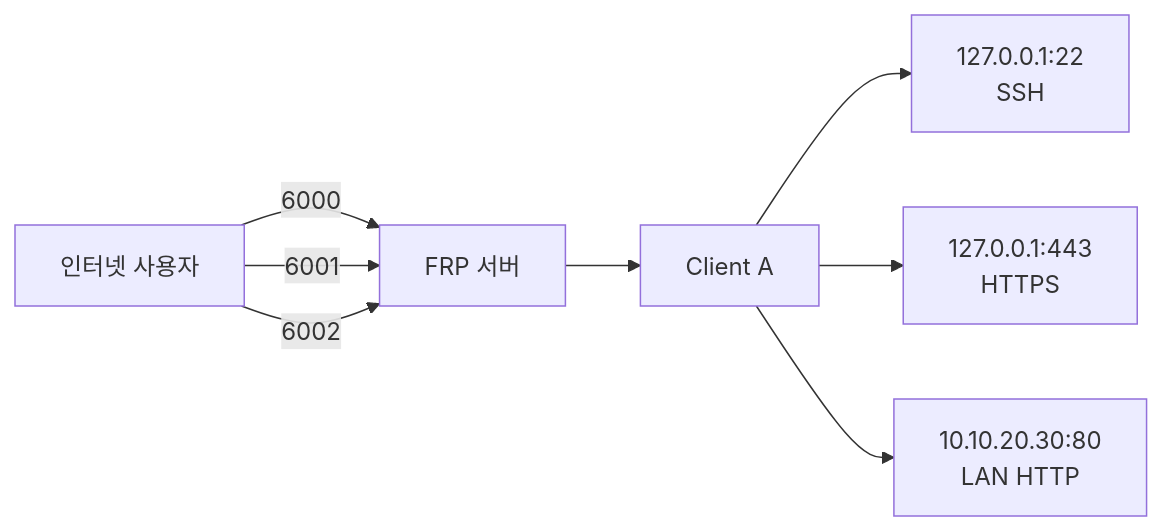
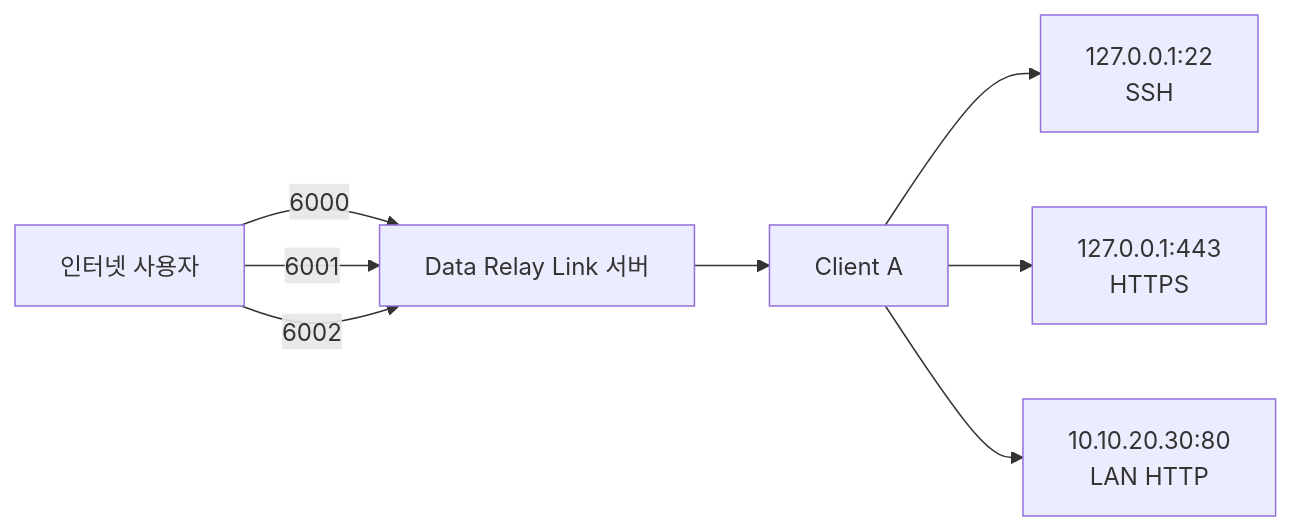
Before and after one commit to datarelay-labs/data-relay-link-docs: the second of 4 diagrams in ko/getting-started/concepts.mdx, drawn with Mermaid. The commit also changed other lines of this file and 32 other files, not shown here.

````diff
--- a/ko/getting-started/concepts.mdx
+++ b/ko/getting-started/concepts.mdx
@@ -49,17 +49,17 @@
 ```mermaid
 flowchart LR
     I[인터넷 사용자]
-    S[FRP 서버]
+    S[Data Relay Link 서버]
     C[Client A]
     SSH[127.0.0.1:22\nSSH]
     WEB[127.0.0.1:443\nHTTPS]
     LAN[10.10.20.30:80\nLAN HTTP]
 
     I -->|6000| S
     I -->|6001| S
     I -->|6002| S
     S --> C
     C --> SSH
     C --> WEB
     C --> LAN
 ```
````
